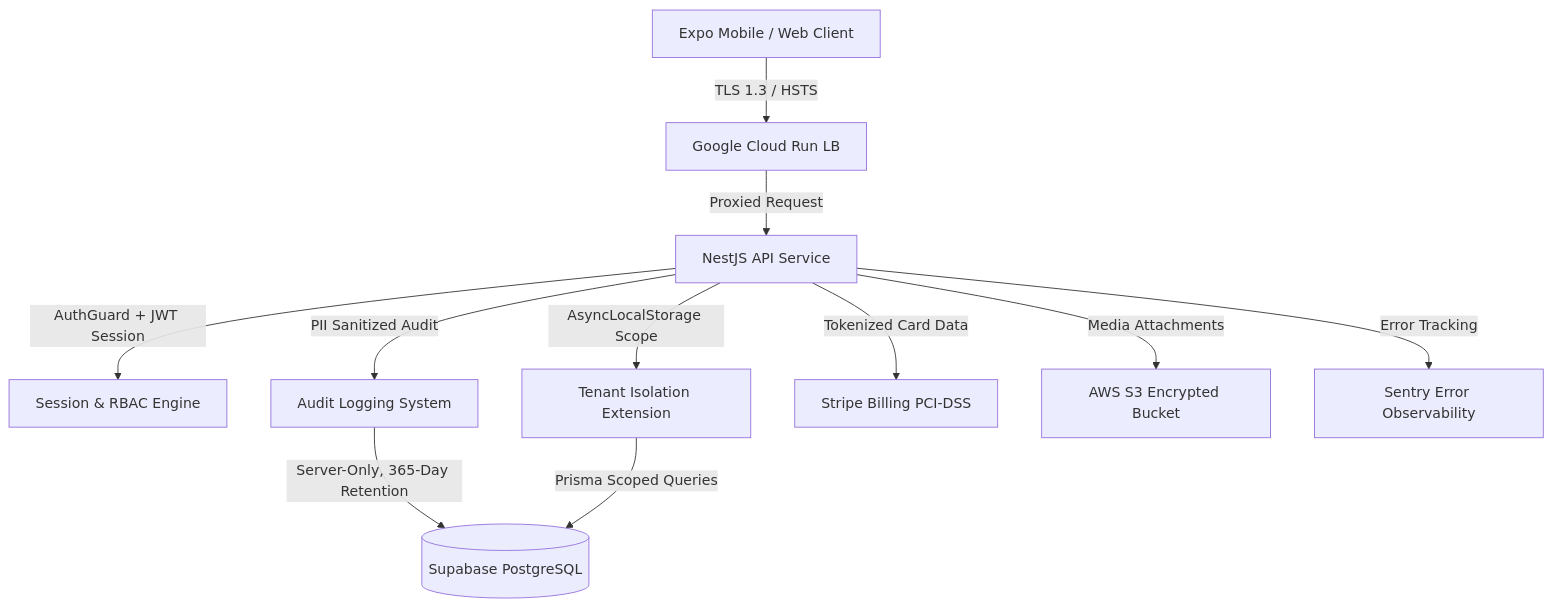
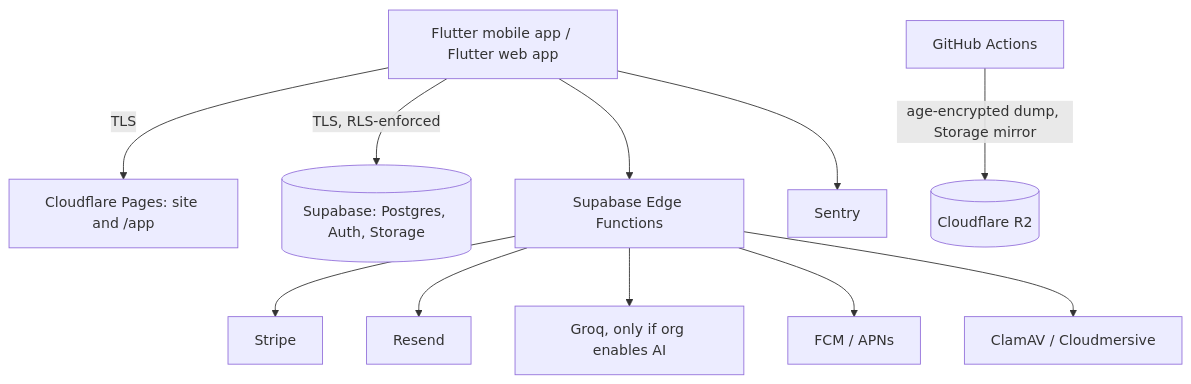
The diagram in docs/soc2/README.md (lwhobley/venuewrangler), drawn with Mermaid before and after one commit. The commit also changed other lines of this file and 36 other files, not shown here.

First line of the commit message:
chore(ci,docs,site): audit remediation - pipelines, hardening, accurate compliance docs

````diff
--- a/docs/soc2/README.md
+++ b/docs/soc2/README.md
@@ -37,13 +37,13 @@
 ```mermaid
 graph TD
-    Client[Expo Mobile / Web Client] -->|TLS 1.3 / HSTS| LB[Google Cloud Run LB]
-    LB -->|Proxied Request| API[NestJS API Service]
-    API -->|AuthGuard + JWT Session| Auth[Session & RBAC Engine]
-    API -->|AsyncLocalStorage Scope| TenantScope[Tenant Isolation Extension]
-    API -->|PII Sanitized Audit| AuditService[Audit Logging System]
-    AuditService -->|Server-Only, 365-Day Retention| DB[(Supabase PostgreSQL)]
-    TenantScope -->|Prisma Scoped Queries| DB
-    API -->|Tokenized Card Data| Stripe[Stripe Billing PCI-DSS]
-    API -->|Media Attachments| S3[AWS S3 Encrypted Bucket]
-    API -->|Error Tracking| Sentry[Sentry Error Observability]
+    Client[Flutter mobile app / Flutter web app] -->|TLS| CF[Cloudflare Pages: site and /app]
+    Client -->|TLS, RLS-enforced| SB[(Supabase: Postgres, Auth, Storage)]
+    Client --> Fn[Supabase Edge Functions]
+    Fn --> Stripe[Stripe]
+    Fn --> Resend[Resend]
+    Fn --> Groq[Groq, only if org enables AI]
+    Fn --> Push[FCM / APNs]
+    Fn --> Scan[ClamAV / Cloudmersive]
+    Client --> Sentry[Sentry]
+    GH[GitHub Actions] -->|age-encrypted dump, Storage mirror| R2[(Cloudflare R2)]
 ```
````
